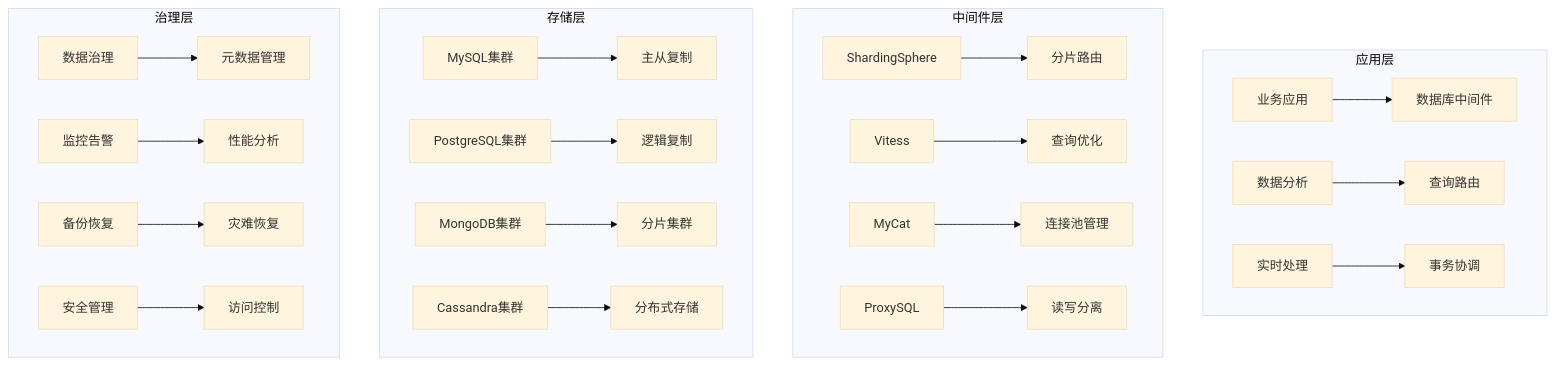
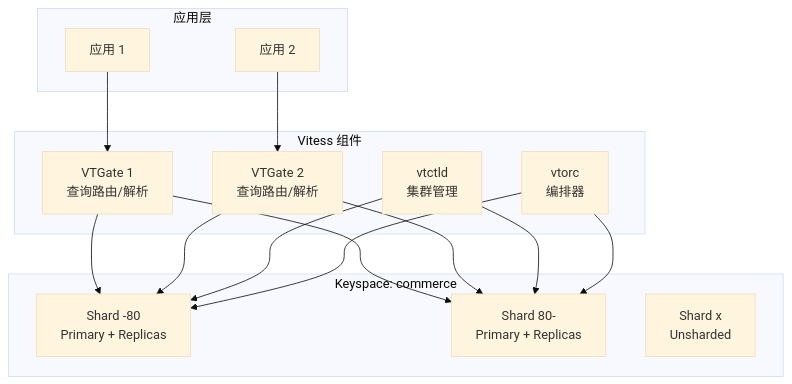
Before and after one commit to kudig-io/kudig-database: the second of 2 diagrams in domain-28-enterprise-database-middleware/03-distributed-database-enterprise.md, drawn with Mermaid (base theme). The commit also changed other lines of this file and 8633 other files, not shown here.

````diff
--- a/domain-28-enterprise-database-middleware/03-distributed-database-enterprise.md
+++ b/domain-28-enterprise-database-middleware/03-distributed-database-enterprise.md
@@ -14,29 +130,31 @@
 ```mermaid
 graph TB
     subgraph "应用层"
-        A[业务应用] --> B[数据库中间件]
-        C[数据分析] --> D[查询路由]
-        E[实时处理] --> F[事务协调]
+        APP1[应用 1]
+        APP2[应用 2]
     end
-    
-    subgraph "中间件层"
-        G[ShardingSphere] --> H[分片路由]
-        I[Vitess] --> J[查询优化]
-        K[MyCat] --> L[连接池管理]
-        M[ProxySQL] --> N[读写分离]
+
+    subgraph "Vitess 组件"
+        VTGATE1[VTGate 1<br/>查询路由/解析]
+        VTGATE2[VTGate 2<br/>查询路由/解析]
+        VTCTLD[vtctld<br/>集群管理]
+        VTOBC[vtorc<br/>编排器]
     end
-    
-    subgraph "存储层"
-        O[MySQL集群] --> P[主从复制]
-        Q[PostgreSQL集群] --> R[逻辑复制]
-        S[MongoDB集群] --> T[分片集群]
-        U[Cassandra集群] --> V[分布式存储]
+
+    subgraph "Keyspace: commerce"
+        SHARD0[Shard -80<br/>Primary + Replicas]
+        SHARD1[Shard 80-<br/>Primary + Replicas]
+        SHARDX[Shard x<br/>Unsharded]
     end
-    
-    subgraph "治理层"
-        W[数据治理] --> X[元数据管理]
-        Y[监控告警] --> Z[性能分析]
-        AA[备份恢复] --> AB[灾难恢复]
-        AC[安全管理] --> AD[访问控制]
-    end
+
+    APP1 --> VTGATE1
+    APP2 --> VTGATE2
+    VTGATE1 --> SHARD0
+    VTGATE1 --> SHARD1
+    VTGATE2 --> SHARD0
+    VTGATE2 --> SHARD1
+    VTCTLD --> SHARD0
+    VTCTLD --> SHARD1
+    VTOBC --> SHARD0
+    VTOBC --> SHARD1
 ```
````
